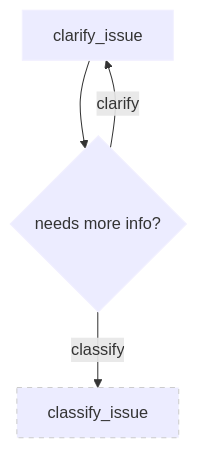
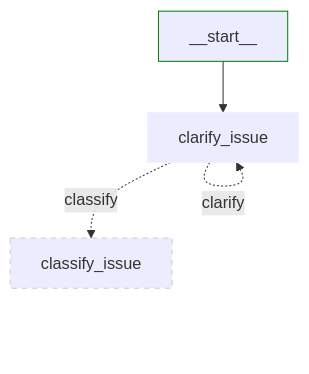
Before and after one commit to dextersjab/agentic-workbench-langgraph: the first of 5 diagrams in src/workflows/support_desk/nodes/README.md, drawn with Mermaid. The commit also changed other lines of this file, not shown here.

Commit message:
improved project structure + copy

````diff
--- a/src/workflows/support_desk/nodes/README.md
+++ b/src/workflows/support_desk/nodes/README.md
@@ -20,11 +20,13 @@
 ```mermaid
 graph TD
-    A[clarify_issue] --> B{needs more info?}
-    B -->|clarify| A
-    B -->|classify| C[classify_issue]
+    START[__start__] --> A[clarify_issue]
+    A -. clarify .-> A
+    A -. classify .-> C[classify_issue]
     
     classDef default stroke:#f2f0ff,line-height:1.2
     classDef context stroke-dasharray: 5 5,stroke:#cccccc,line-height:1.2
+    classDef first stroke:green
     
     class C context
+    class START first
 ```
````
